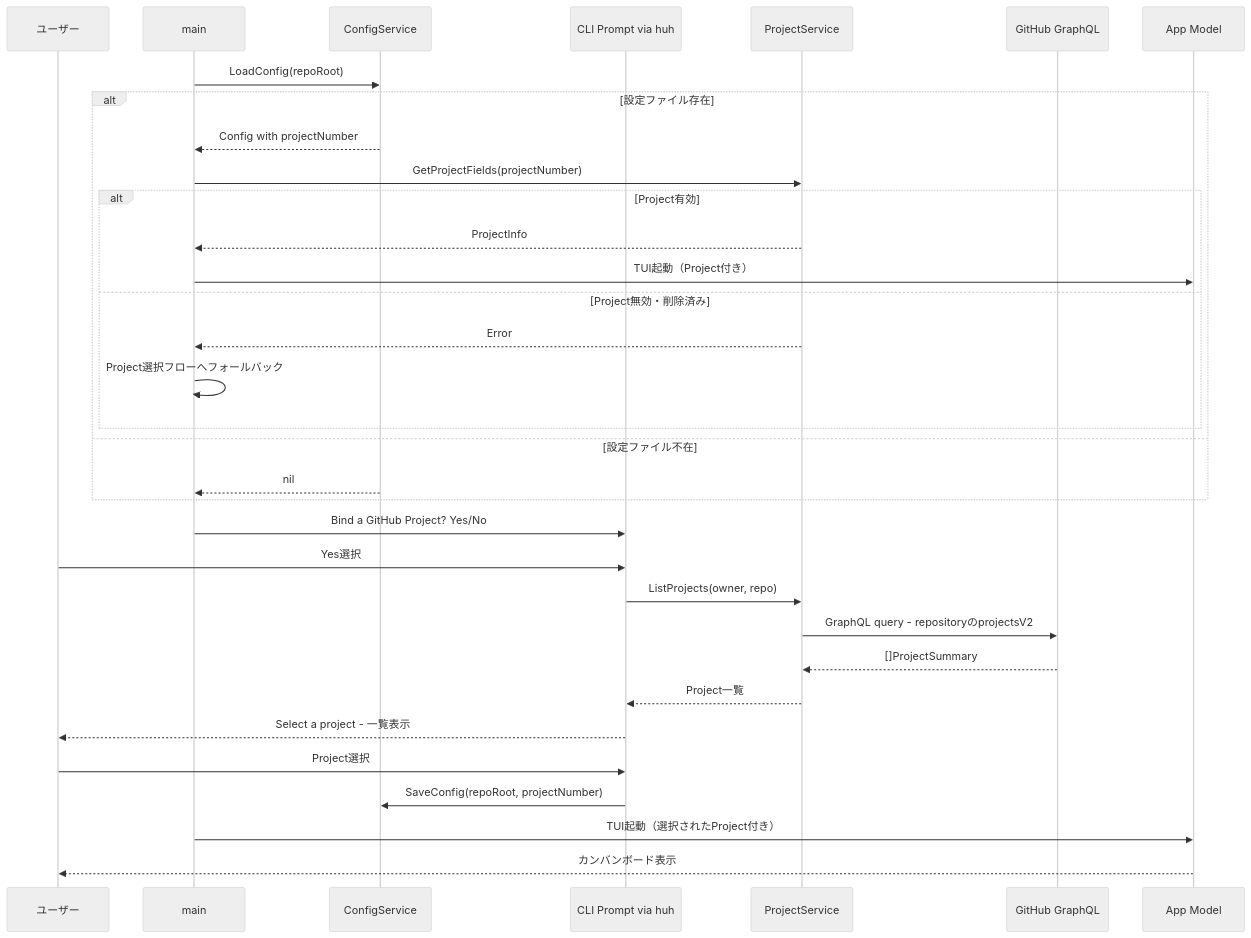
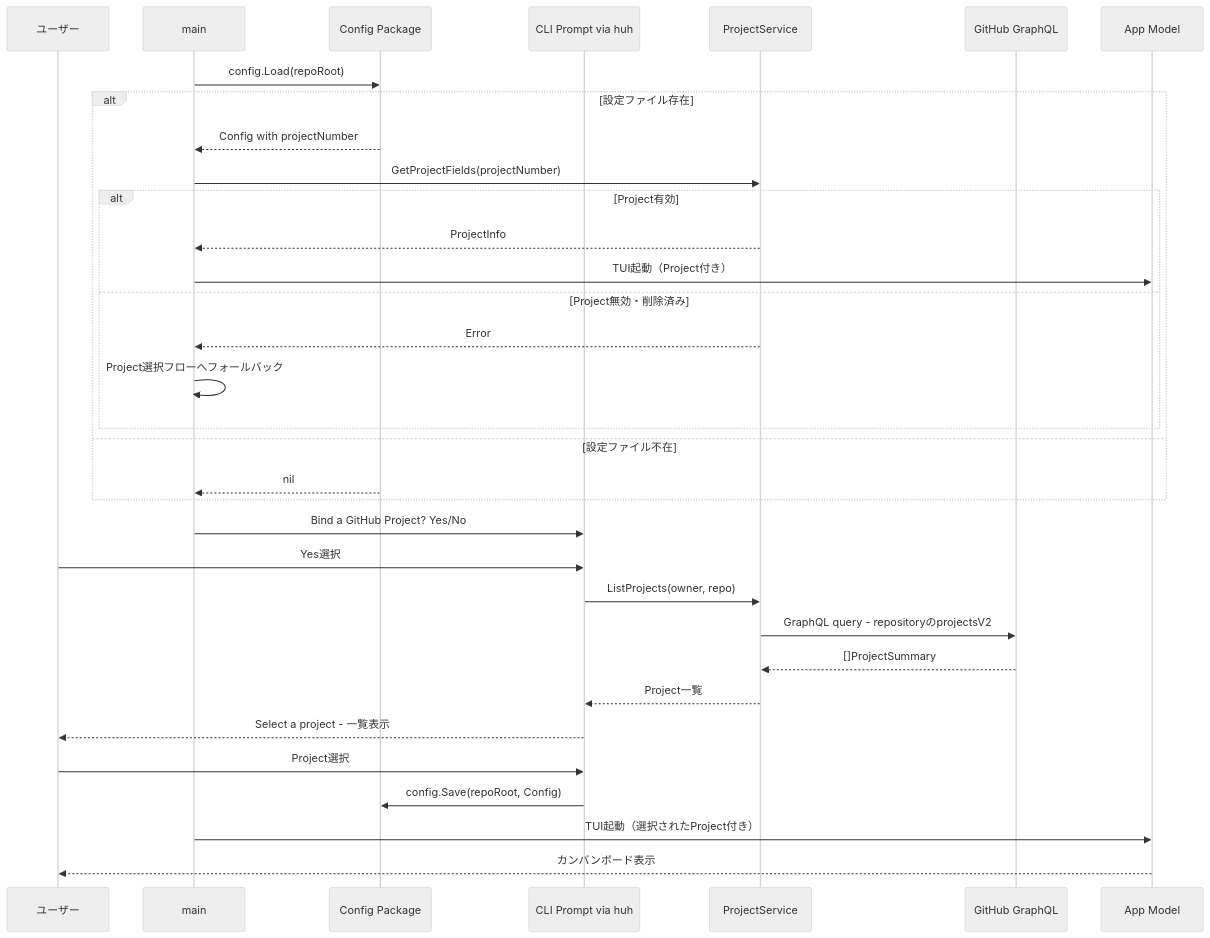
One commit to masamichhhhi/gh-tuissue changed the third of 7 diagrams in .kiro/specs/gh-issue-kanban-tui/design.md. Above: the diagram before and after it, drawn with Mermaid (neutral theme). The commit also changed other lines of this file and 9 other files, not shown here.

````diff
--- a/.kiro/specs/gh-issue-kanban-tui/design.md
+++ b/.kiro/specs/gh-issue-kanban-tui/design.md
@@ -138,36 +145,36 @@
 ```mermaid
 sequenceDiagram
     participant U as ユーザー
     participant Main as main
-    participant Cfg as ConfigService
+    participant Cfg as Config Package
     participant Prompt as CLI Prompt via huh
     participant PSvc as ProjectService
     participant API as GitHub GraphQL
     participant App as App Model
 
-    Main->>Cfg: LoadConfig(repoRoot)
+    Main->>Cfg: config.Load(repoRoot)
     alt 設定ファイル存在
         Cfg-->>Main: Config with projectNumber
         Main->>PSvc: GetProjectFields(projectNumber)
         alt Project有効
             PSvc-->>Main: ProjectInfo
             Main->>App: TUI起動（Project付き）
         else Project無効・削除済み
             PSvc-->>Main: Error
             Main->>Main: Project選択フローへフォールバック
         end
     else 設定ファイル不在
         Cfg-->>Main: nil
     end
     Main->>Prompt: Bind a GitHub Project? Yes/No
     U->>Prompt: Yes選択
     Prompt->>PSvc: ListProjects(owner, repo)
     PSvc->>API: GraphQL query - repositoryのprojectsV2
     API-->>PSvc: []ProjectSummary
     PSvc-->>Prompt: Project一覧
     Prompt-->>U: Select a project - 一覧表示
     U->>Prompt: Project選択
-    Prompt->>Cfg: SaveConfig(repoRoot, projectNumber)
+    Prompt->>Cfg: config.Save(repoRoot, Config)
     Main->>App: TUI起動（選択されたProject付き）
     App-->>U: カンバンボード表示
 ```
````
